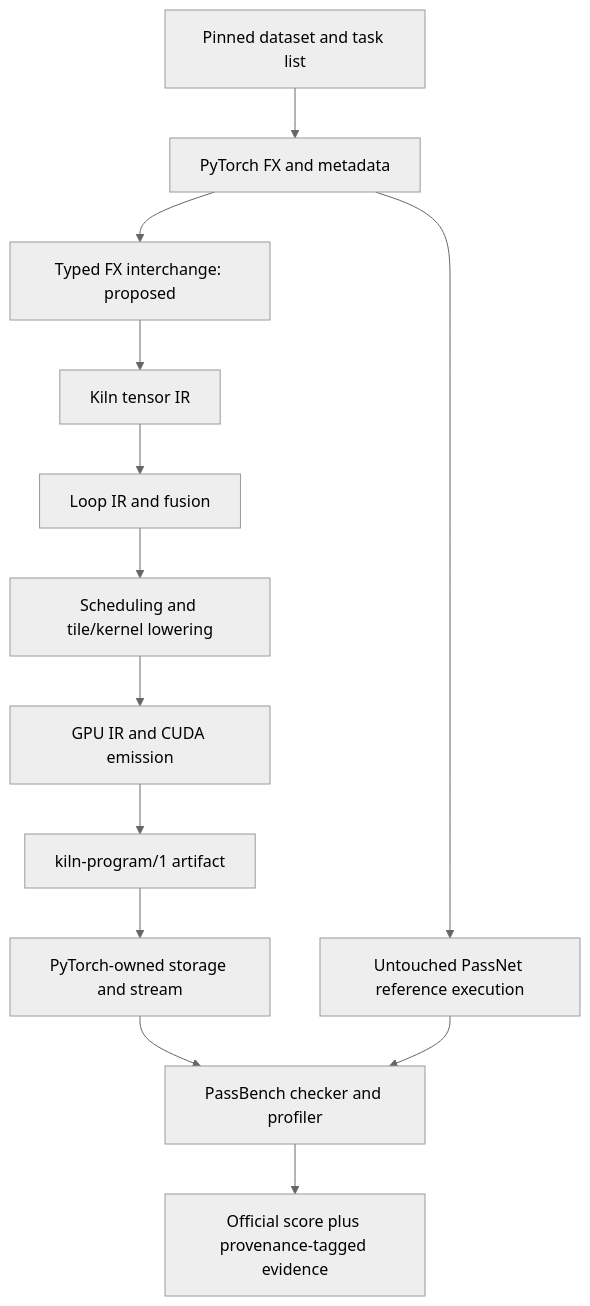
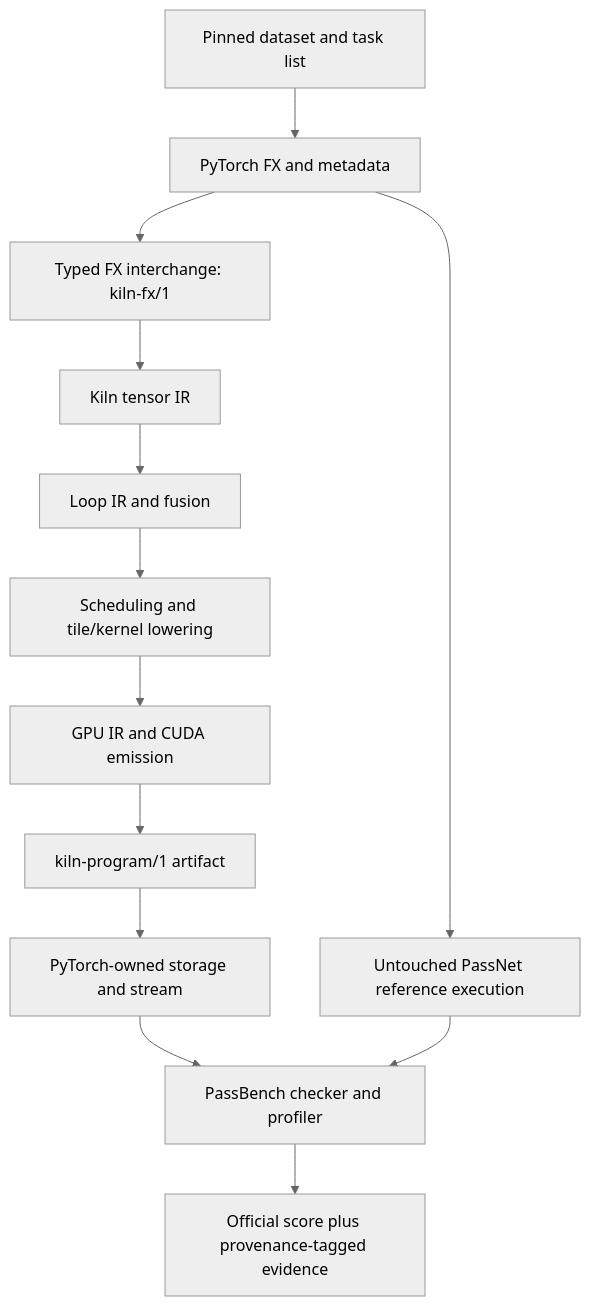
Before and after one commit to go-go-golems/kiln: the diagram in ttmp/2026/10/30/KILN-005--reproduce-passnet-and-evaluate-reusable-kiln-compiler-transformations/design-doc/01-passnet-reproduction-and-kiln-integration-intern-guide.md, drawn with Mermaid (neutral theme). The commit also changed other lines of this file and 3 other files, not shown here.

````diff
--- a/ttmp/2026/10/30/KILN-005--reproduce-passnet-and-evaluate-reusable-kiln-compiler-transformations/design-doc/01-passnet-reproduction-and-kiln-integration-intern-guide.md
+++ b/ttmp/2026/10/30/KILN-005--reproduce-passnet-and-evaluate-reusable-kiln-compiler-transformations/design-doc/01-passnet-reproduction-and-kiln-integration-intern-guide.md
@@ -46,15 +46,15 @@
 ```mermaid
 flowchart TD
   D[Pinned dataset and task list] --> F[PyTorch FX and metadata]
   F --> R[Untouched PassNet reference execution]
-  F --> X[Typed FX interchange: proposed]
+  F --> X[Typed FX interchange: kiln-fx/1]
   X --> T[Kiln tensor IR]
   T --> L[Loop IR and fusion]
   L --> S[Scheduling and tile/kernel lowering]
   S --> G[GPU IR and CUDA emission]
   G --> A[kiln-program/1 artifact]
   A --> P[PyTorch-owned storage and stream]
   P --> E[PassBench checker and profiler]
   R --> E
   E --> V[Official score plus provenance-tagged evidence]
 ```
````
